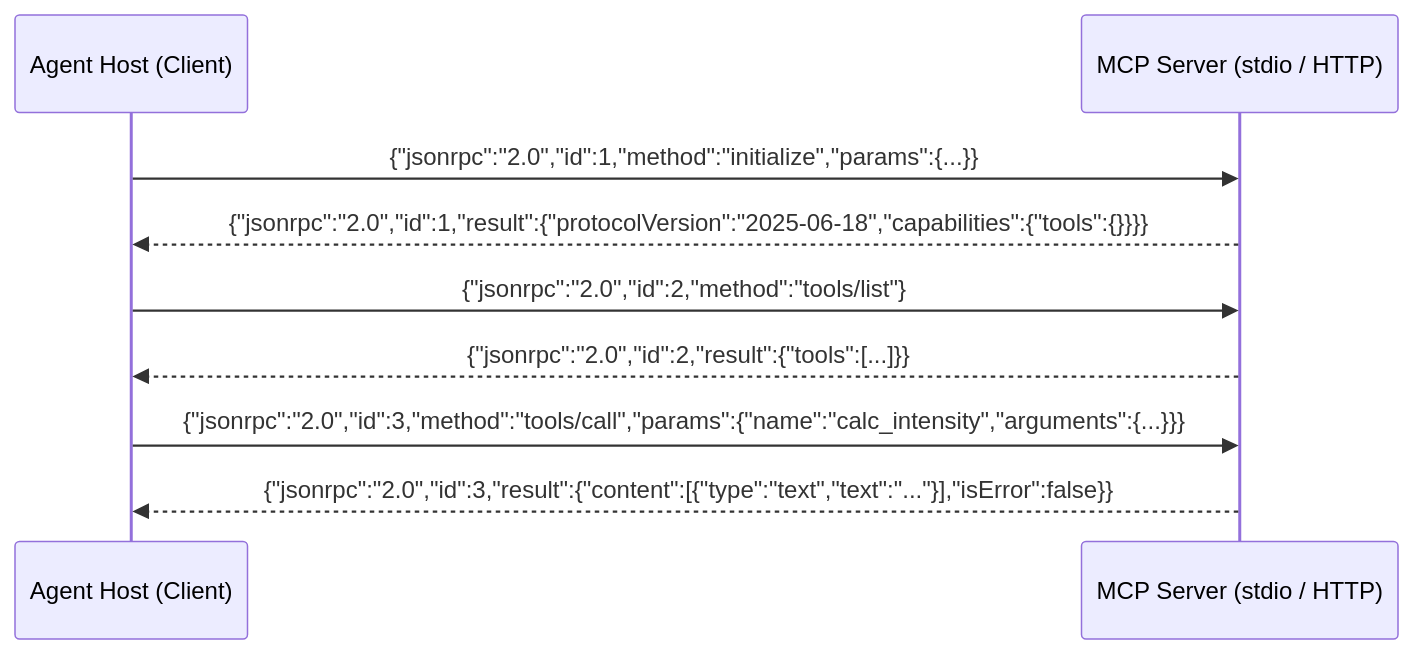
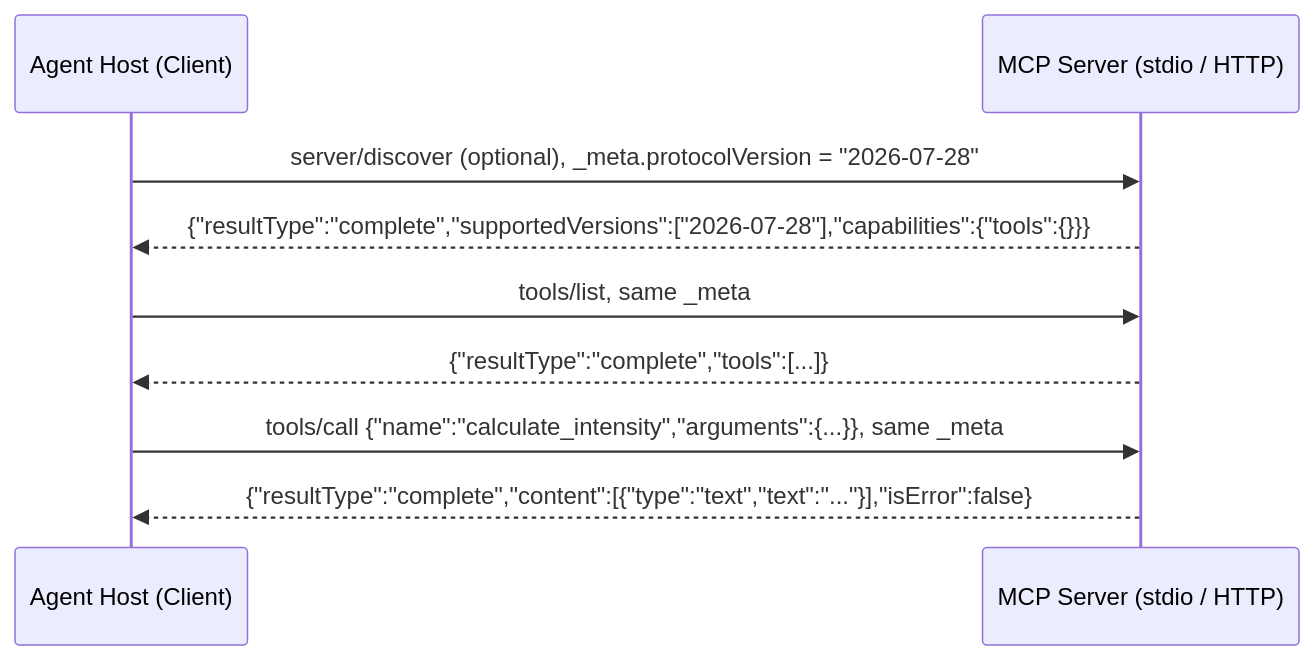
One commit to azusachino/harus-blog changed the first of 2 diagrams in docs/tech/series/ai-engineering/03.tool-engineering-and-mcp.md. Above: the diagram before and after it, drawn with Mermaid. The commit also changed other lines of this file and 2 other files, not shown here.

````diff
--- a/docs/tech/series/ai-engineering/03.tool-engineering-and-mcp.md
+++ b/docs/tech/series/ai-engineering/03.tool-engineering-and-mcp.md
@@ -94,12 +96,12 @@
 ```mermaid
 sequenceDiagram
     participant Host as Agent Host (Client)
     participant Server as MCP Server (stdio / HTTP)
 
-    Host->>Server: {"jsonrpc":"2.0","id":1,"method":"initialize","params":{...}}
-    Server-->>Host: {"jsonrpc":"2.0","id":1,"result":{"protocolVersion":"2025-06-18","capabilities":{"tools":{}}}}
-    Host->>Server: {"jsonrpc":"2.0","id":2,"method":"tools/list"}
-    Server-->>Host: {"jsonrpc":"2.0","id":2,"result":{"tools":[...]}}
-    Host->>Server: {"jsonrpc":"2.0","id":3,"method":"tools/call","params":{"name":"calc_intensity","arguments":{...}}}
-    Server-->>Host: {"jsonrpc":"2.0","id":3,"result":{"content":[{"type":"text","text":"..."}],"isError":false}}
+    Host->>Server: server/discover (optional), _meta.protocolVersion = "2026-07-28"
+    Server-->>Host: {"resultType":"complete","supportedVersions":["2026-07-28"],"capabilities":{"tools":{}}}
+    Host->>Server: tools/list, same _meta
+    Server-->>Host: {"resultType":"complete","tools":[...]}
+    Host->>Server: tools/call {"name":"calculate_intensity","arguments":{...}}, same _meta
+    Server-->>Host: {"resultType":"complete","content":[{"type":"text","text":"..."}],"isError":false}
 ```
````
